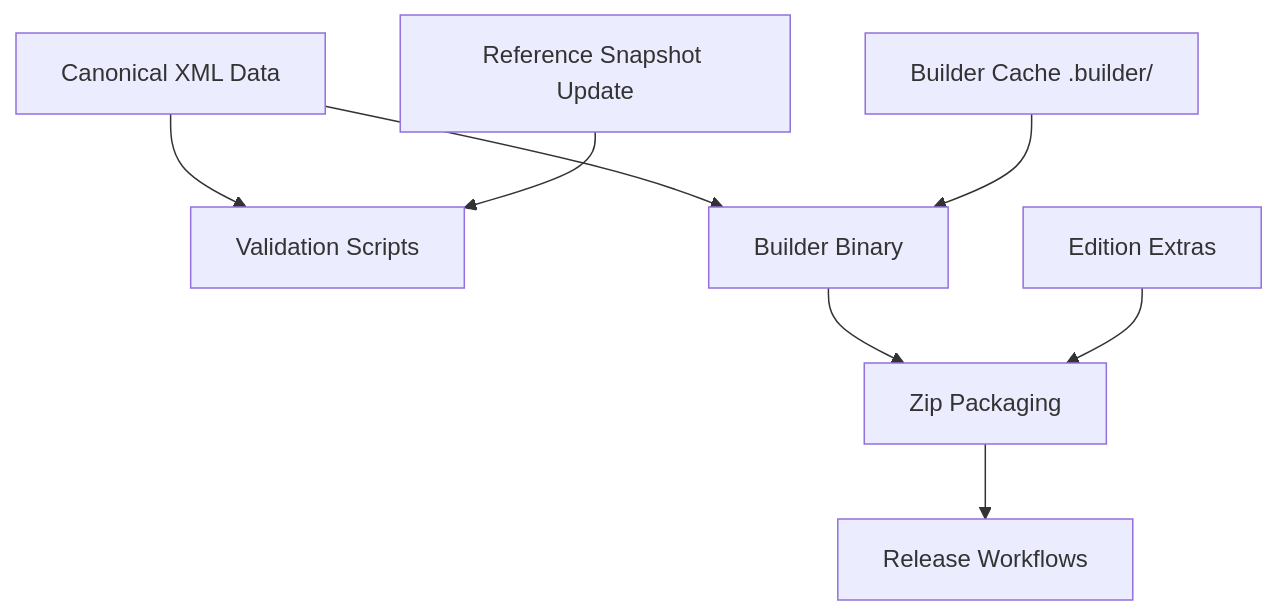
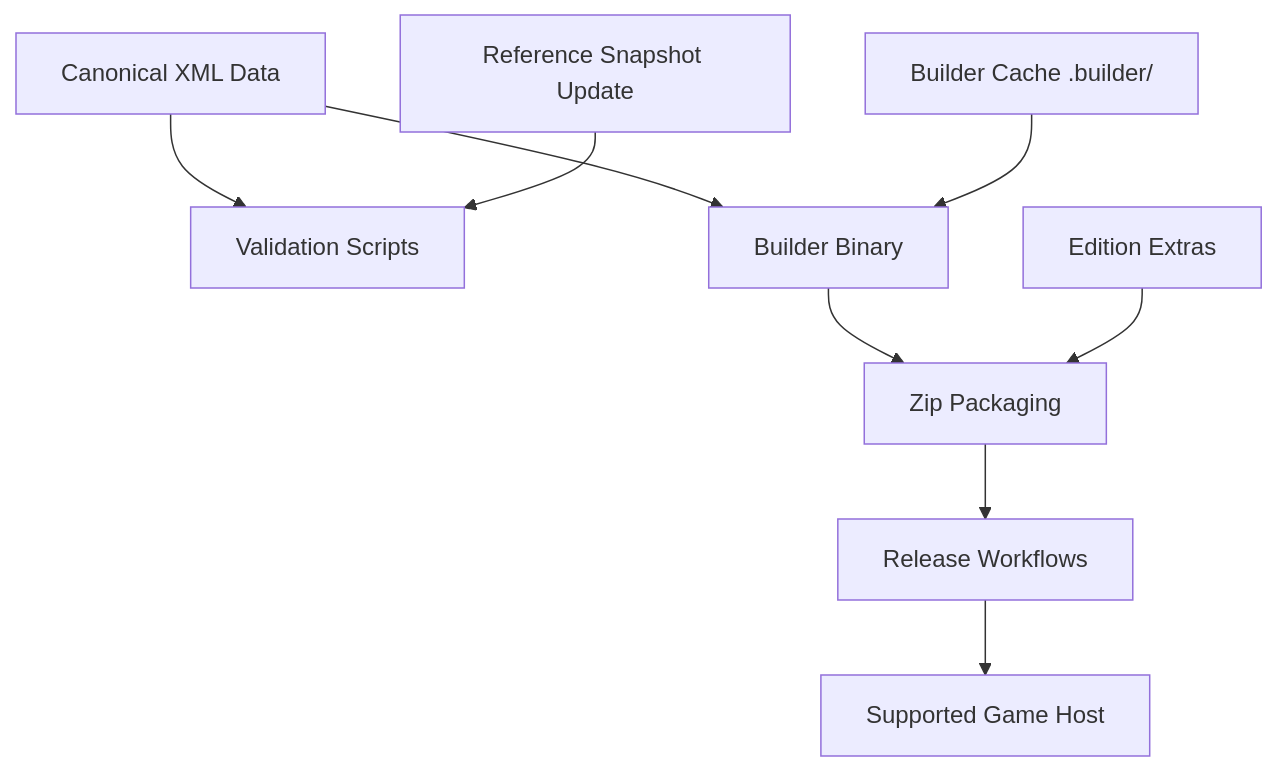
The second of 8 diagrams in ARCHITECTURE.md (hmlendea/more-cultural-names), drawn with Mermaid before and after one commit. The commit also changed other lines of this file, not shown here.

Commit message:
architecture: Created ARCHITECTURE.md

````diff
--- a/ARCHITECTURE.md
+++ b/ARCHITECTURE.md
@@ -78,19 +95,20 @@
 ```mermaid
 flowchart TD
     SourceData[Canonical XML Data]
     Validation[Validation Scripts]
     ReferenceUpdate[Reference Snapshot Update]
     BuilderCache[Builder Cache .builder/]
     BuilderExec[Builder Binary]
     Extras[Edition Extras]
     Packaging[Zip Packaging]
     ReleaseMeta[Release Workflows]
 
     SourceData --> Validation
     SourceData --> BuilderExec
     ReferenceUpdate --> Validation
     BuilderCache --> BuilderExec
     BuilderExec --> Packaging
     Extras --> Packaging
     Packaging --> ReleaseMeta
+    ReleaseMeta --> GameHost[Supported Game Host]
 ```
````
